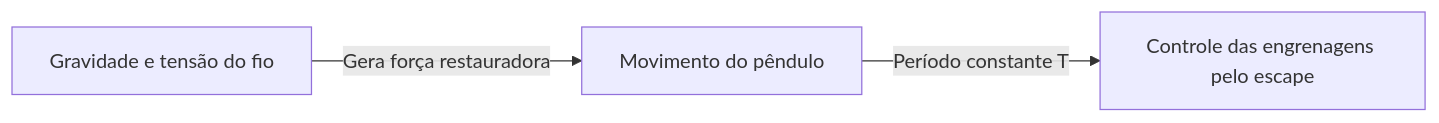
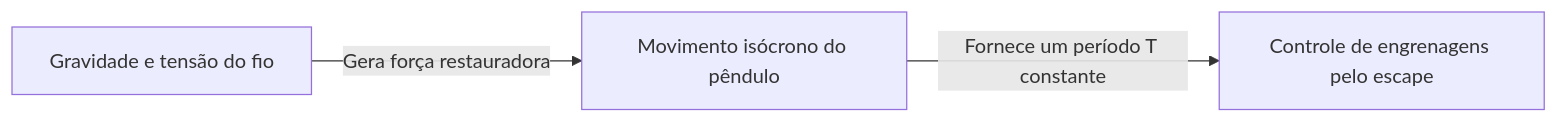
Before and after one commit to kenjinote/blog: the second of 3 diagrams in content/post/history-of-timekeeping-technology/index.pt.md, drawn with Mermaid. The commit also changed other lines of this file and 129 other files, not shown here.

````diff
--- a/content/post/history-of-timekeeping-technology/index.pt.md
+++ b/content/post/history-of-timekeeping-technology/index.pt.md
@@ -36,5 +41,5 @@
 ```mermaid
 graph LR
-    A["Gravidade e tensão do fio"] -- "Gera força restauradora" --> B["Movimento do pêndulo"]
-    B -- "Período constante T" --> C["Controle das engrenagens pelo escape"]
+    A["Gravidade e tensão do fio"] -- "Gera força restauradora" --> B["Movimento isócrono do pêndulo"]
+    B -- "Fornece um período T constante" --> C["Controle de engrenagens pelo escape"]
 ```
````
